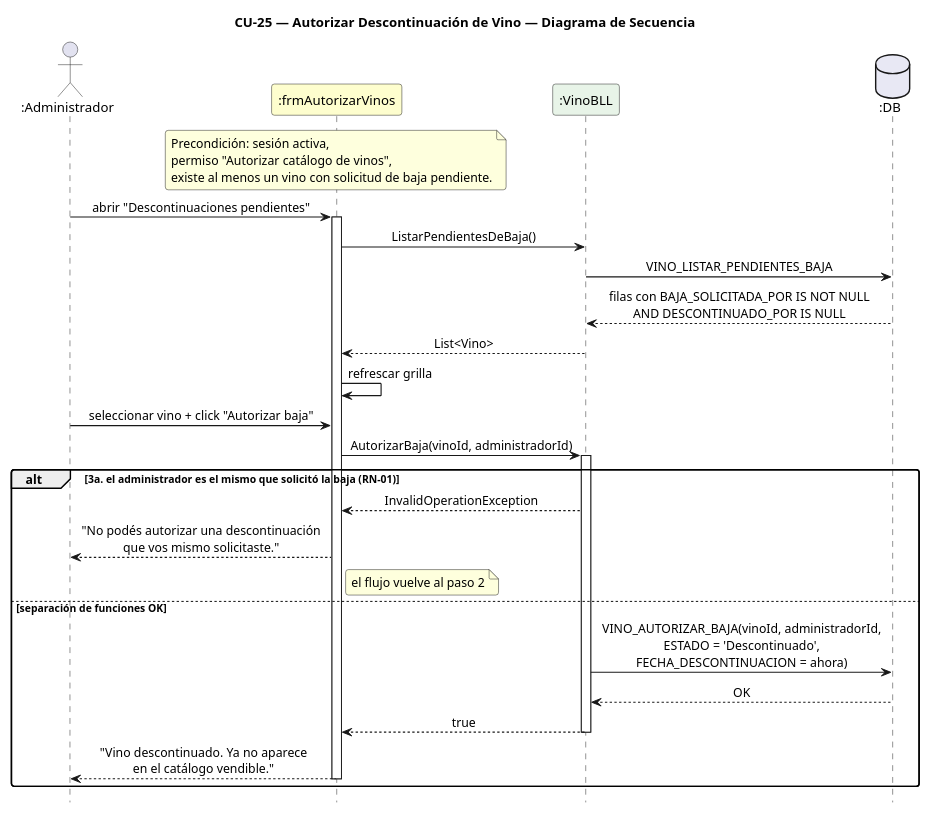
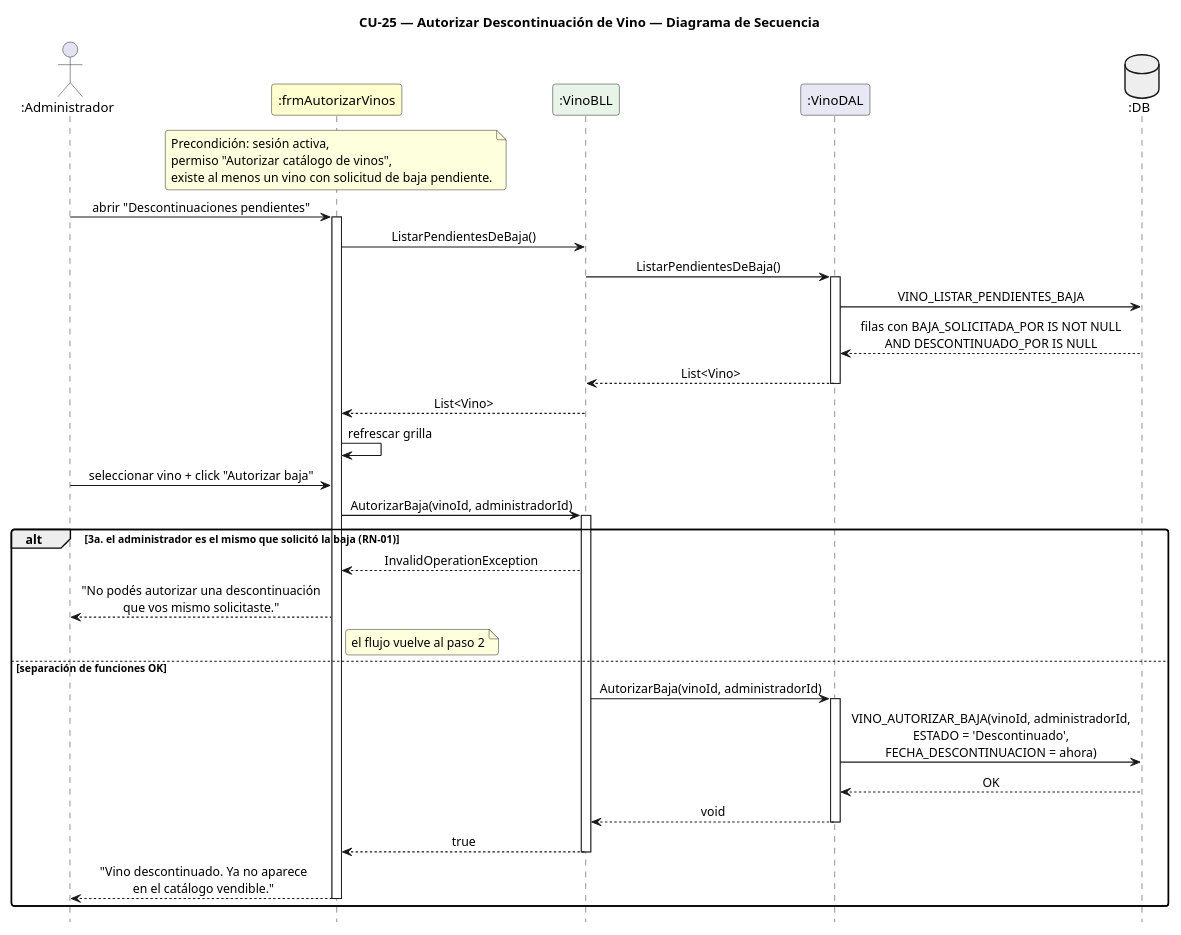
One commit to Jesifu/club-de-vinos-td changed the diagram in DIAGRAMAS/DiagramaSecuencia_CU25_AutorizarDescontinuacion.puml. Above: the diagram before and after it, drawn with PlantUML. The commit also changed 17 other files, not shown here.

First line of the commit message:
docs: split alta/descontinuacion CU diagrams into CU21-27 and add CU27

```diff
--- a/DIAGRAMAS/DiagramaSecuencia_CU25_AutorizarDescontinuacion.puml
+++ b/DIAGRAMAS/DiagramaSecuencia_CU25_AutorizarDescontinuacion.puml
@@ -1,48 +1,57 @@
 @startuml DiagramaSecuencia_CU25_AutorizarDescontinuacion
 
 title CU-25 — Autorizar Descontinuación de Vino — Diagrama de Secuencia
 
 skinparam shadowing false
 skinparam roundcorner 6
 skinparam sequenceArrowThickness 1.2
 skinparam sequenceMessageAlign center
 hide footbox
 scale 0.8
 
 actor       ":Administrador"        as A
 participant ":frmAutorizarVinos"    as FA #FEFECE
 participant ":VinoBLL"              as VB #E8F4E8
-database    ":DB"                   as DB #E8E8F4
+participant ":VinoDAL"              as VD #E8E8F4
+database    ":DB"                   as DB #EEEEEE
 
 note over FA
   Precondición: sesión activa,
   permiso "Autorizar catálogo de vinos",
   existe al menos un vino con solicitud de baja pendiente.
 end note
 
 A -> FA : abrir "Descontinuaciones pendientes"
 activate FA
 FA -> VB : ListarPendientesDeBaja()
-VB -> DB : VINO_LISTAR_PENDIENTES_BAJA
-DB --> VB : filas con BAJA_SOLICITADA_POR IS NOT NULL\nAND DESCONTINUADO_POR IS NULL
+VB -> VD : ListarPendientesDeBaja()
+activate VD
+VD -> DB : VINO_LISTAR_PENDIENTES_BAJA
+DB --> VD : filas con BAJA_SOLICITADA_POR IS NOT NULL\nAND DESCONTINUADO_POR IS NULL
+VD --> VB : List<Vino>
+deactivate VD
 VB --> FA : List<Vino>
 FA -> FA : refrescar grilla
 
 A -> FA : seleccionar vino + click "Autorizar baja"
 FA -> VB : AutorizarBaja(vinoId, administradorId)
 activate VB
 
 alt 3a. el administrador es el mismo que solicitó la baja (RN-01)
   VB --> FA : InvalidOperationException
   FA --> A : "No podés autorizar una descontinuación\nque vos mismo solicitaste."
   note right of FA : el flujo vuelve al paso 2
 else separación de funciones OK
-  VB -> DB : VINO_AUTORIZAR_BAJA(vinoId, administradorId,\nESTADO = 'Descontinuado',\nFECHA_DESCONTINUACION = ahora)
-  DB --> VB : OK
+  VB -> VD : AutorizarBaja(vinoId, administradorId)
+  activate VD
+  VD -> DB : VINO_AUTORIZAR_BAJA(vinoId, administradorId,\nESTADO = 'Descontinuado',\nFECHA_DESCONTINUACION = ahora)
+  DB --> VD : OK
+  VD --> VB : void
+  deactivate VD
   VB --> FA : true
   deactivate VB
   FA --> A : "Vino descontinuado. Ya no aparece\nen el catálogo vendible."
   deactivate FA
 end
 
 @enduml
```
